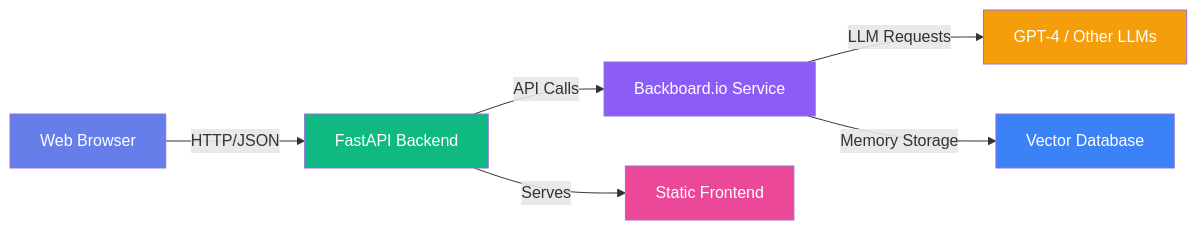
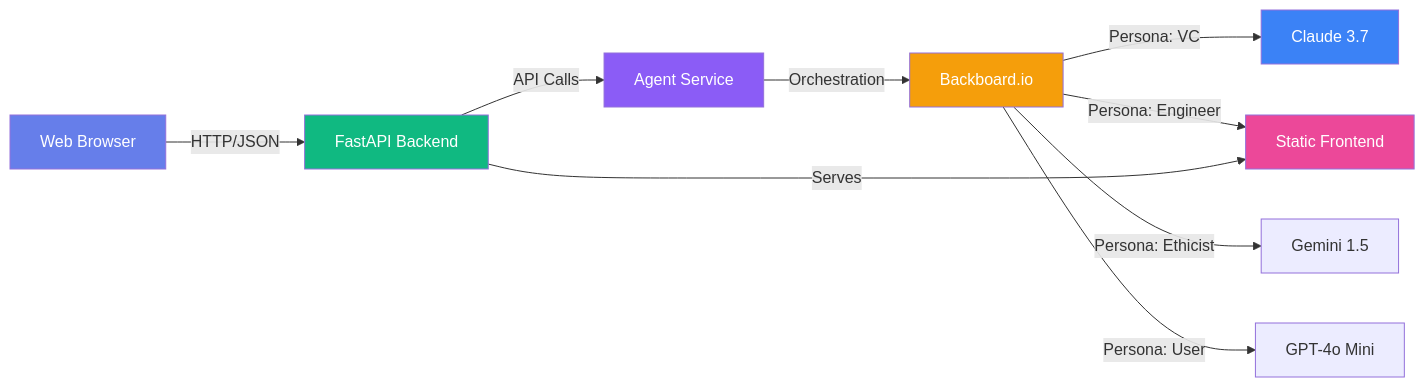
One commit to JeremyFriesenGitHub/startup-idea-validator changed the diagram in README.md. Above: the diagram before and after it, drawn with Mermaid. The commit also changed other lines of this file and 10 other files, not shown here.

````diff
--- a/README.md
+++ b/README.md
@@ -21,15 +21,18 @@
 ```mermaid
 graph LR
     A[Web Browser] -->|HTTP/JSON| B[FastAPI Backend]
-    B -->|API Calls| C[Backboard.io Service]
-    C -->|LLM Requests| D[GPT-4 / Other LLMs]
-    C -->|Memory Storage| E[Vector Database]
+    B -->|API Calls| C[Agent Service]
+    C -->|Orchestration| D[Backboard.io]
+    D -->|Persona: VC| E[Claude 3.7]
+    D -->|Persona: Engineer| F[Grok]
+    D -->|Persona: Ethicist| G[Gemini 1.5]
+    D -->|Persona: User| H[GPT-4o Mini]
     B -->|Serves| F[Static Frontend]
     
     style A fill:#667eea,color:#fff
     style B fill:#10b981,color:#fff
     style C fill:#8b5cf6,color:#fff
     style D fill:#f59e0b,color:#fff
     style E fill:#3b82f6,color:#fff
     style F fill:#ec4899,color:#fff
 ```
````
